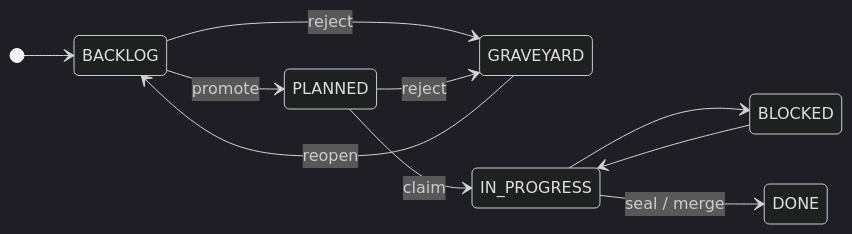
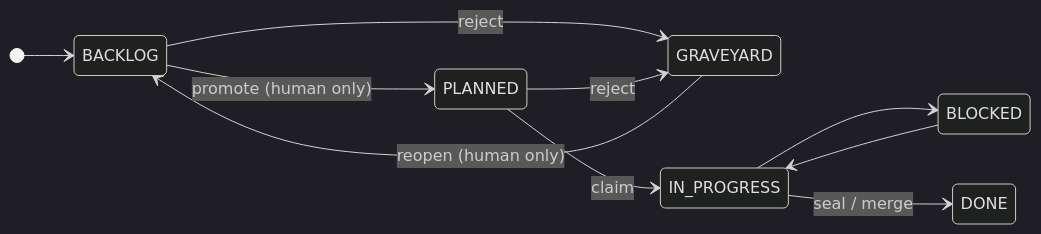
Before and after one commit to flyingrobots/xyph: the diagram in docs/diagrams/task-lifecycle.mmd, drawn with Mermaid (dark theme). The commit also changed 42 other files, not shown here.

First line of the commit message:
fix: address PR review feedback — docs, diagrams, keyring validation (WVR-006)

```diff
--- a/docs/diagrams/task-lifecycle.mmd
+++ b/docs/diagrams/task-lifecycle.mmd
@@ -1,11 +1,11 @@
 stateDiagram-v2
     direction LR
     [*] --> BACKLOG
-    BACKLOG --> PLANNED : promote
+    BACKLOG --> PLANNED : promote (human only)
     BACKLOG --> GRAVEYARD : reject
     PLANNED --> IN_PROGRESS : claim
     PLANNED --> GRAVEYARD : reject
     IN_PROGRESS --> BLOCKED
     IN_PROGRESS --> DONE : seal / merge
     BLOCKED --> IN_PROGRESS
-    GRAVEYARD --> BACKLOG : reopen
+    GRAVEYARD --> BACKLOG : reopen (human only)
```
